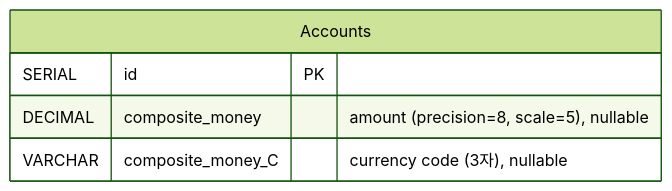
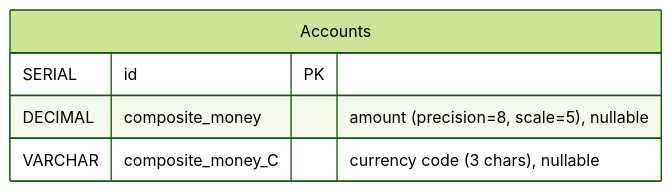
The first of 2 diagrams in 06-advanced/05-exposed-money/README.md (bluetape4k/exposed-workshop), drawn with Mermaid (forest theme) before and after one commit. The commit also changed other lines of this file and 115 other files, not shown here.

````diff
--- a/06-advanced/05-exposed-money/README.md
+++ b/06-advanced/05-exposed-money/README.md
@@ -17,8 +19,8 @@
 ```mermaid
 erDiagram
     Accounts {
         SERIAL id PK
         DECIMAL composite_money "amount (precision=8, scale=5), nullable"
-        VARCHAR composite_money_C "currency code (3자), nullable"
+        VARCHAR composite_money_C "currency code (3 chars), nullable"
     }
 ```
````
